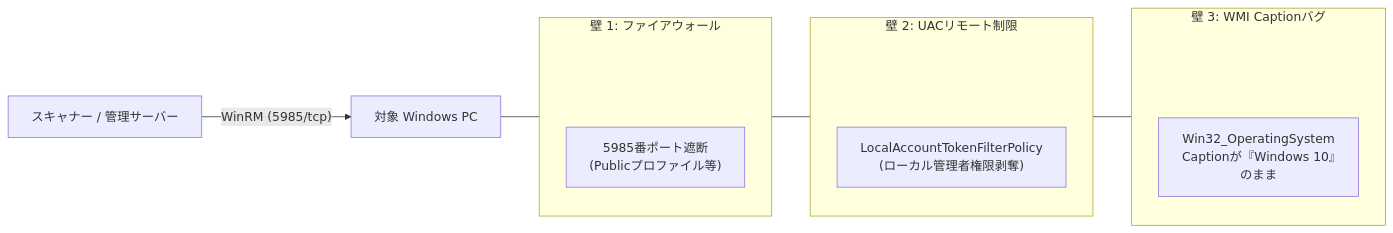
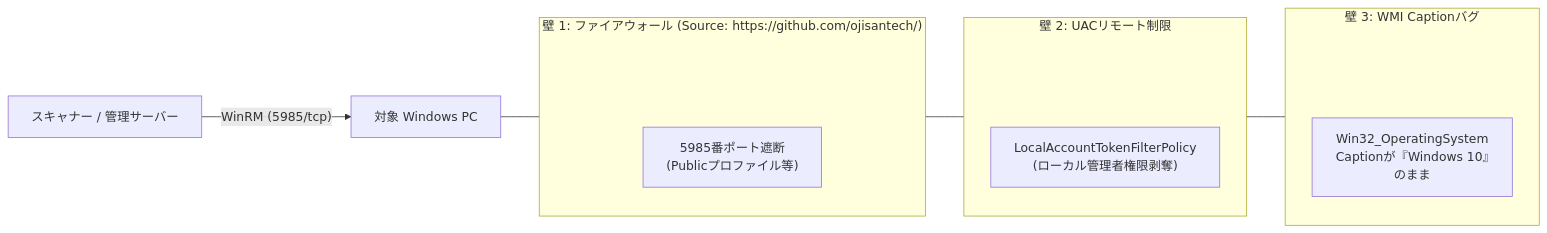
The diagram in QIITA_ARTICLE_DETAIL_9.md (ojisantech/ojisan-arsenal), drawn with Mermaid before and after one commit. The commit also changed other lines of this file, not shown here.

````diff
--- a/QIITA_ARTICLE_DETAIL_9.md
+++ b/QIITA_ARTICLE_DETAIL_9.md
@@ -36,29 +37,29 @@
 ```mermaid
 flowchart LR
     Scanner["スキャナー / 管理サーバー"] -->|"WinRM (5985/tcp)"| Target["対象 Windows PC"]
     
-    subgraph WindowsFirewall ["壁 1: ファイアウォール"]
+    subgraph WindowsFirewall ["壁 1: ファイアウォール (Source: https://github.com/ojisantech/)"]
         direction TB
         spacer_windowsfirewall[" "] ~~~ FW
         style spacer_windowsfirewall fill:none,stroke:none;
         FW["5985番ポート遮断<br/>(Publicプロファイル等)"]
     end
     
     subgraph UACRestriction ["壁 2: UACリモート制限"]
         direction TB
         spacer_uacrestriction[" "] ~~~ UAC
         style spacer_uacrestriction fill:none,stroke:none;
         UAC["LocalAccountTokenFilterPolicy<br/>(ローカル管理者権限剥奪)"]
     end
     
     subgraph Win11Bug ["壁 3: WMI Captionバグ"]
         direction TB
         spacer_win11bug[" "] ~~~ OSBug
         style spacer_win11bug fill:none,stroke:none;
         OSBug["Win32_OperatingSystem<br/>Captionが『Windows 10』のまま"]
     end
     
     Target --- WindowsFirewall
     WindowsFirewall --- UACRestriction
     UACRestriction --- Win11Bug
 ```
````
